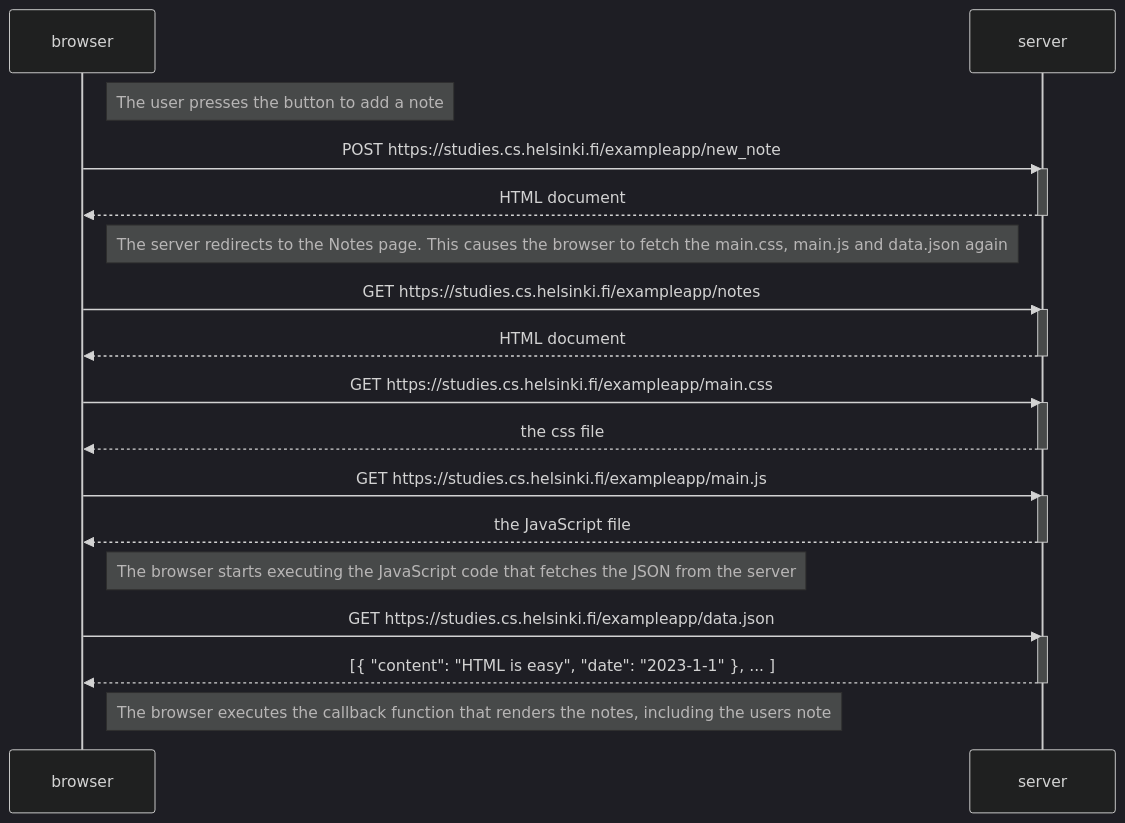
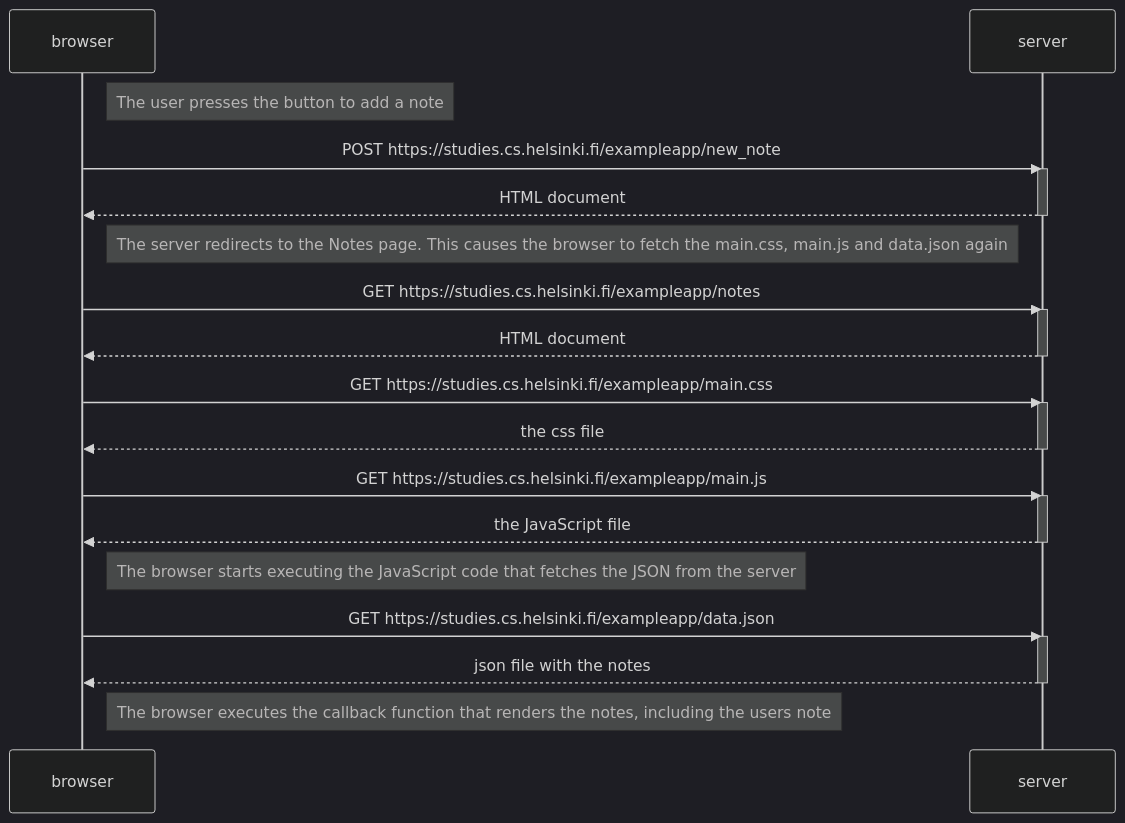
Before and after one commit to MartinhoMacedo/FSO: the diagram in part0/0_4.md, drawn with Mermaid (dark theme).

````diff
--- a/part0/0_4.md
+++ b/part0/0_4.md
@@ -3,38 +3,38 @@
 ```mermaid
     sequenceDiagram
         participant browser
         participant server
 
         Note right of browser: The user presses the button to add a note
 
         browser->>server: POST https://studies.cs.helsinki.fi/exampleapp/new_note
         activate server
         server-->>browser: HTML document
         deactivate server
         
         Note right of browser: The server redirects to the Notes page. This causes the browser to fetch the main.css, main.js and data.json again
 
         browser->>server: GET https://studies.cs.helsinki.fi/exampleapp/notes
         activate server
         server-->>browser: HTML document
         deactivate server
 
         browser->>server: GET https://studies.cs.helsinki.fi/exampleapp/main.css
         activate server
         server-->>browser: the css file
         deactivate server
 
         browser->>server: GET https://studies.cs.helsinki.fi/exampleapp/main.js
         activate server
         server-->>browser: the JavaScript file
         deactivate server
 
         Note right of browser: The browser starts executing the JavaScript code that fetches the JSON from the server
 
         browser->>server: GET https://studies.cs.helsinki.fi/exampleapp/data.json
         activate server
-        server-->>browser: [{ "content": "HTML is easy", "date": "2023-1-1" }, ... ]
+        server-->>browser: json file with the notes
         deactivate server
 
         Note right of browser: The browser executes the callback function that renders the notes, including the users note
 ```
````
